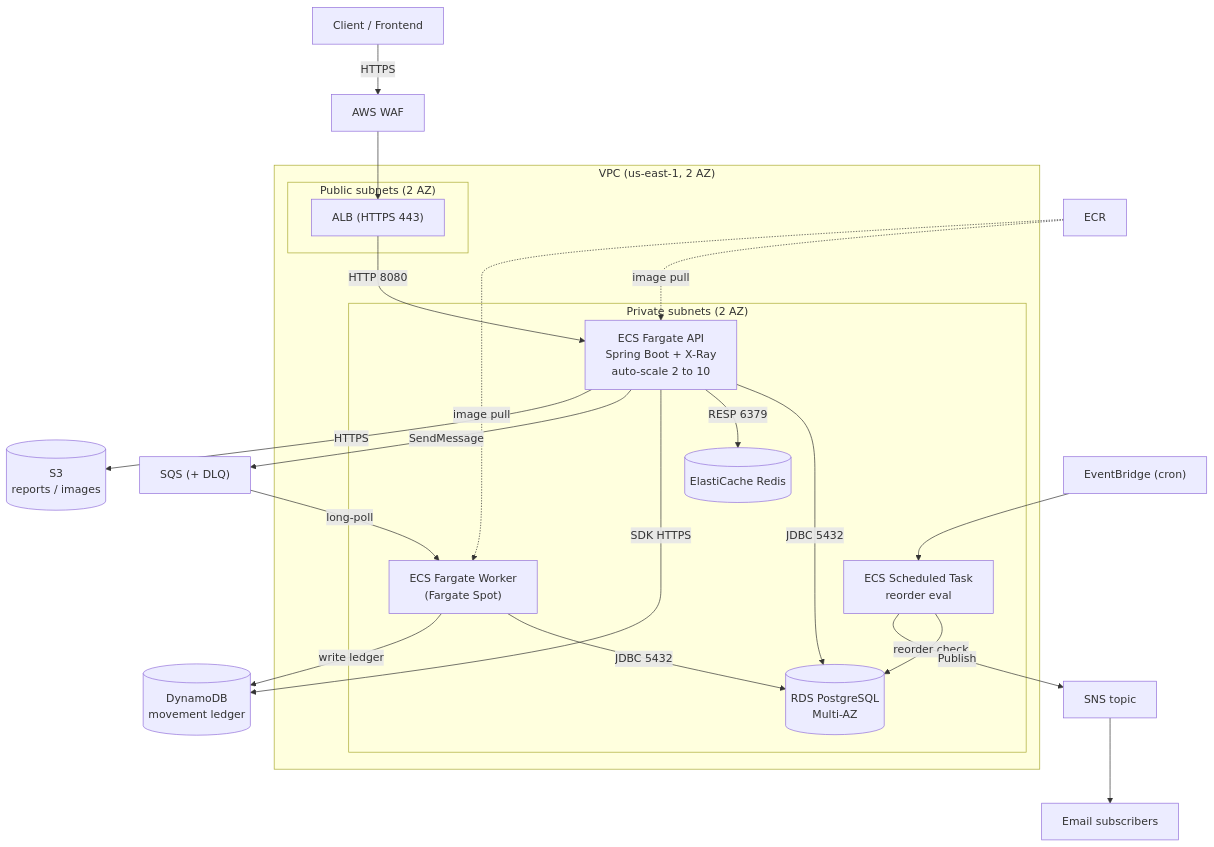
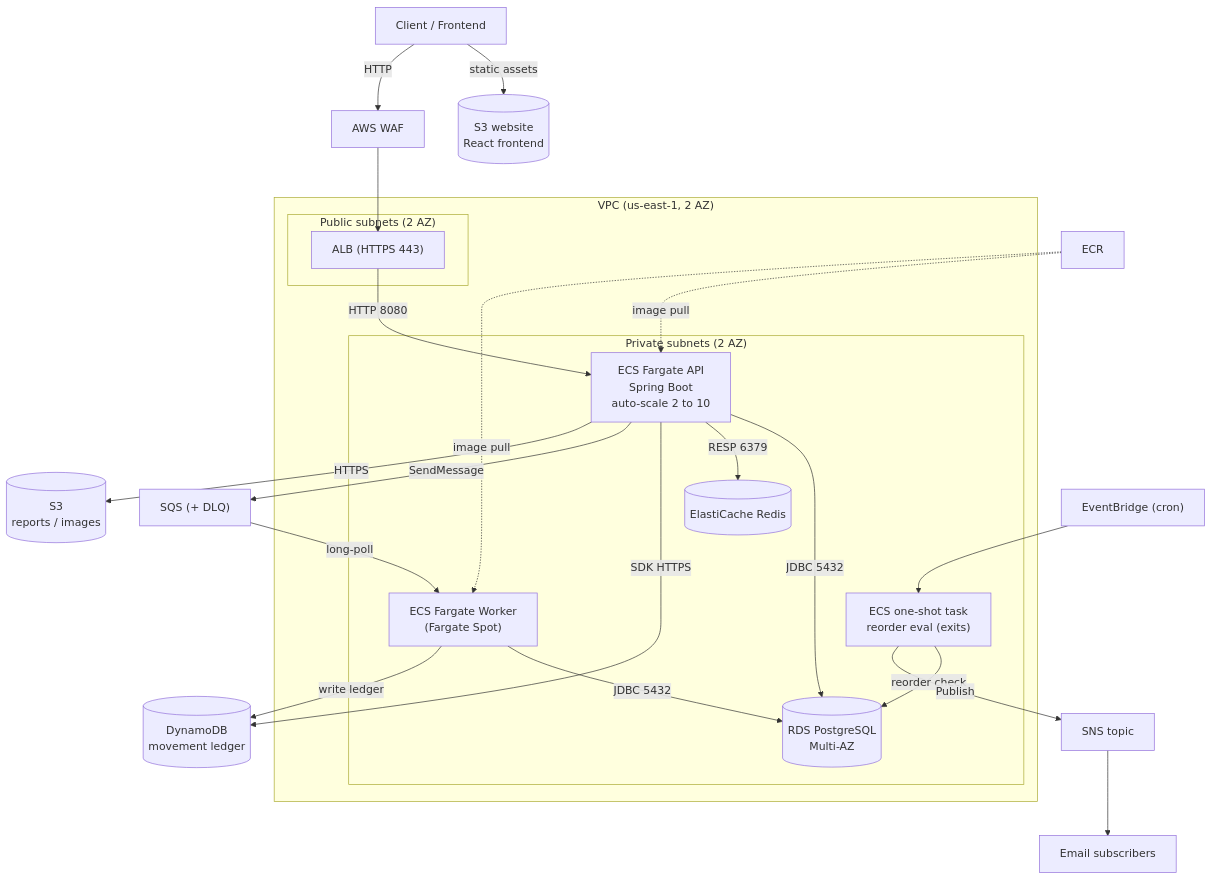
Before and after one commit to sanifalimomin/StockPilot: the diagram in README.md, drawn with Mermaid. The commit also changed other lines of this file and 41 other files, not shown here.

````diff
--- a/README.md
+++ b/README.md
@@ -21,43 +22,45 @@
 ```mermaid
 flowchart TB
     client["Client / Frontend"]
     waf["AWS WAF"]
 
     subgraph vpc["VPC (us-east-1, 2 AZ)"]
         subgraph public["Public subnets (2 AZ)"]
             alb["ALB (HTTPS 443)"]
         end
         subgraph private["Private subnets (2 AZ)"]
-            api["ECS Fargate API\nSpring Boot + X-Ray\nauto-scale 2 to 10"]
+            api["ECS Fargate API\nSpring Boot\nauto-scale 2 to 10"]
             worker["ECS Fargate Worker\n(Fargate Spot)"]
-            sched["ECS Scheduled Task\nreorder eval"]
+            sched["ECS one-shot task\nreorder eval (exits)"]
             rds[("RDS PostgreSQL\nMulti-AZ")]
             redis[("ElastiCache Redis")]
         end
     end
 
     ddb[("DynamoDB\nmovement ledger")]
     sqs["SQS (+ DLQ)"]
     sns["SNS topic"]
     s3[("S3\nreports / images")]
+    s3web[("S3 website\nReact frontend")]
     ecr["ECR"]
     eb["EventBridge (cron)"]
     email["Email subscribers"]
 
-    client -->|HTTPS| waf --> alb
+    client -->|static assets| s3web
+    client -->|HTTP| waf --> alb
     alb -->|HTTP 8080| api
     api -->|JDBC 5432| rds
     api -->|RESP 6379| redis
     api -->|SDK HTTPS| ddb
     api -->|SendMessage| sqs
     api -->|HTTPS| s3
     sqs -->|long-poll| worker
     worker -->|JDBC 5432| rds
     worker -->|write ledger| ddb
     eb --> sched
     sched -->|reorder check| rds
     sched -->|Publish| sns
     sns --> email
     ecr -.->|image pull| api
     ecr -.->|image pull| worker
 ```
````
